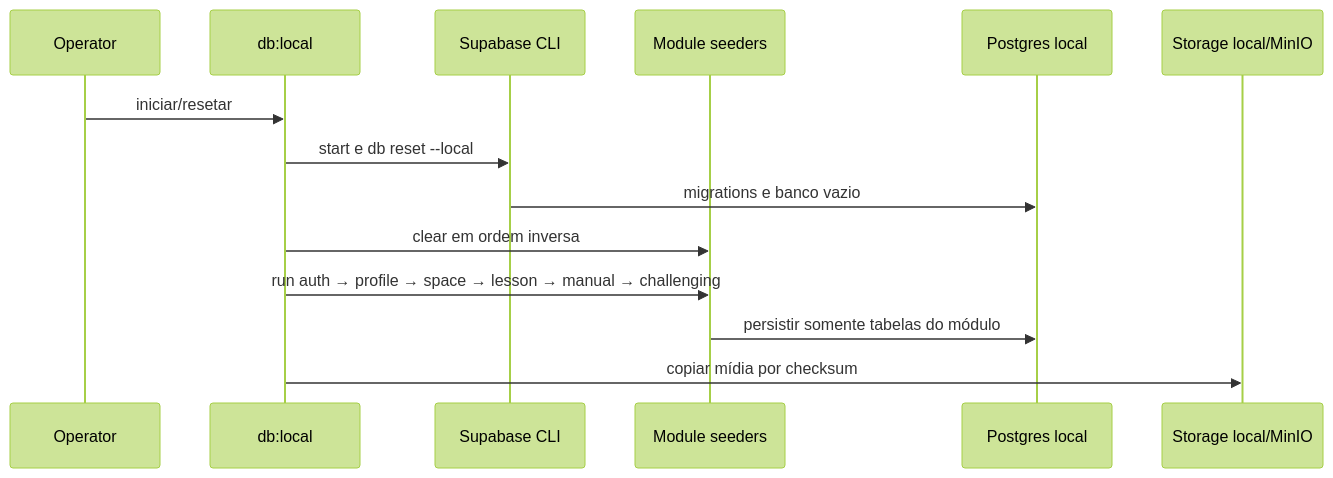
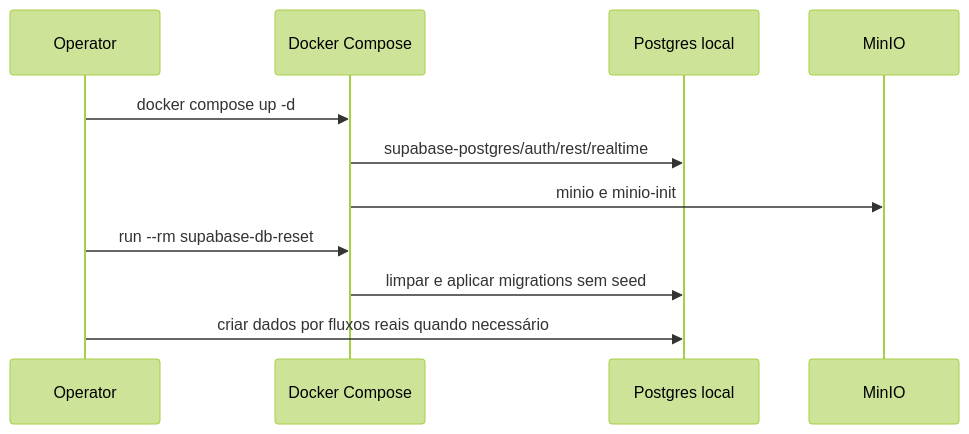
Before and after one commit to JohnPetros/stardust: the diagram in documentation/features/global/supabase-local-development/spec.md, drawn with Mermaid (forest theme). The commit also changed other lines of this file and 14 other files, not shown here.

Commit message:
📚 docs: complete local Supabase development guidance

````diff
--- a/documentation/features/global/supabase-local-development/spec.md
+++ b/documentation/features/global/supabase-local-development/spec.md
@@ -95,16 +94,13 @@
 ```mermaid
 sequenceDiagram
   participant Operator
-  participant Setup as db:local
-  participant CLI as Supabase CLI
-  participant Seed as Module seeders
+  participant Compose as Docker Compose
   participant DB as Postgres local
-  participant Media as Storage local/MinIO
-  Operator->>Setup: iniciar/resetar
-  Setup->>CLI: start e db reset --local
-  CLI->>DB: migrations e banco vazio
-  Setup->>Seed: clear em ordem inversa
-  Setup->>Seed: run auth → profile → space → lesson → manual → challenging
-  Seed->>DB: persistir somente tabelas do módulo
-  Setup->>Media: copiar mídia por checksum
+  participant MinIO
+  Operator->>Compose: docker compose up -d
+  Compose->>DB: supabase-postgres/auth/rest/realtime
+  Compose->>MinIO: minio e minio-init
+  Operator->>Compose: run --rm supabase-db-reset
+  Compose->>DB: limpar e aplicar migrations sem seed
+  Operator->>DB: criar dados por fluxos reais quando necessário
 ```
````
